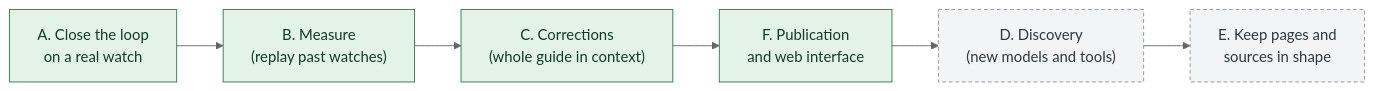
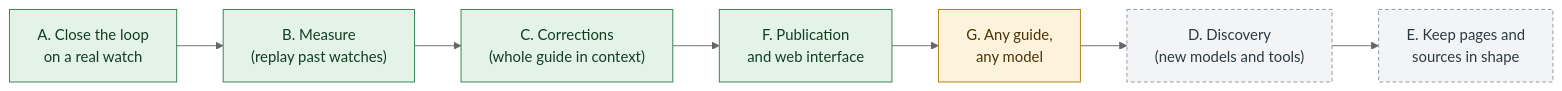
One commit to DamienBecherini/vault-watch-agent changed the fifth of 5 diagrams in docs/presentation.md. Above: the diagram before and after it, drawn with Mermaid (neutral theme). The commit also changed other lines of this file and 7 other files, not shown here.

````diff
--- a/docs/presentation.md
+++ b/docs/presentation.md
@@ -152,10 +156,12 @@
 ```mermaid
 flowchart LR
   A["A. Close the loop<br/>on a real watch"]:::done --> B["B. Measure<br/>(replay past watches)"]:::done
   B --> C["C. Corrections<br/>(whole guide in context)"]:::done
   C --> F["F. Publication<br/>and web interface"]:::done
-  F --> D["D. Discovery<br/>(new models and tools)"]:::next
+  F --> G["G. Any guide,<br/>any model"]:::now
+  G --> D["D. Discovery<br/>(new models and tools)"]:::next
   D --> E["E. Keep pages and<br/>sources in shape"]:::next
   classDef done fill:#e3f3e8,stroke:#2f7d4f,color:#123d22
+  classDef now fill:#fdf3dc,stroke:#b07a12,color:#4a3305
   classDef next fill:#f3f4f6,stroke:#8a96a0,color:#2b3a42,stroke-dasharray:4 3
 ```
````
